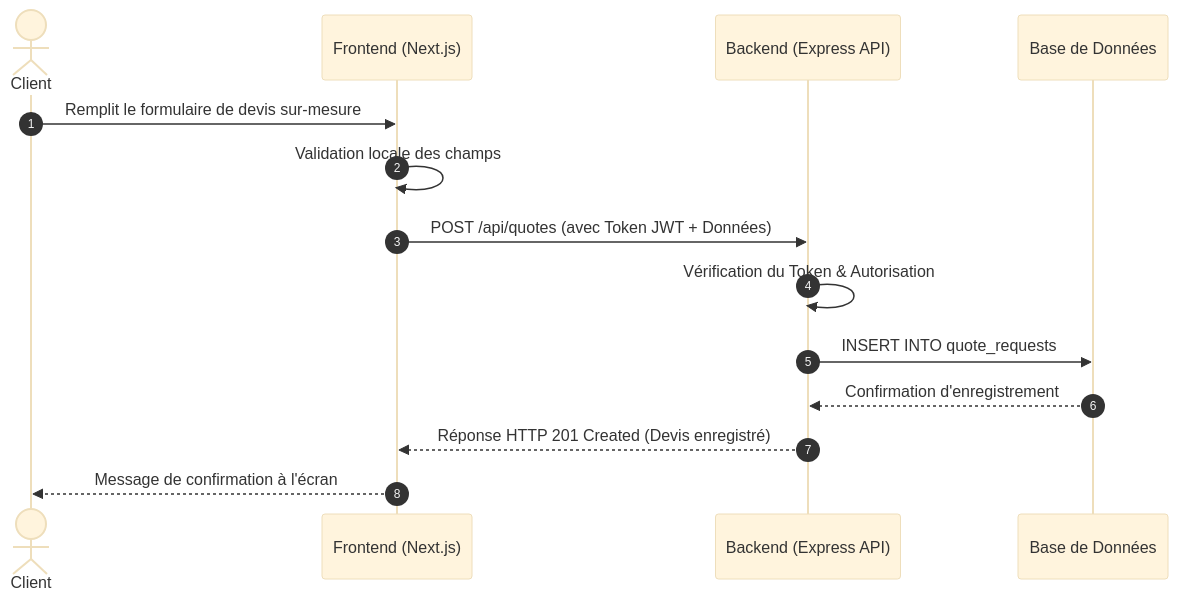
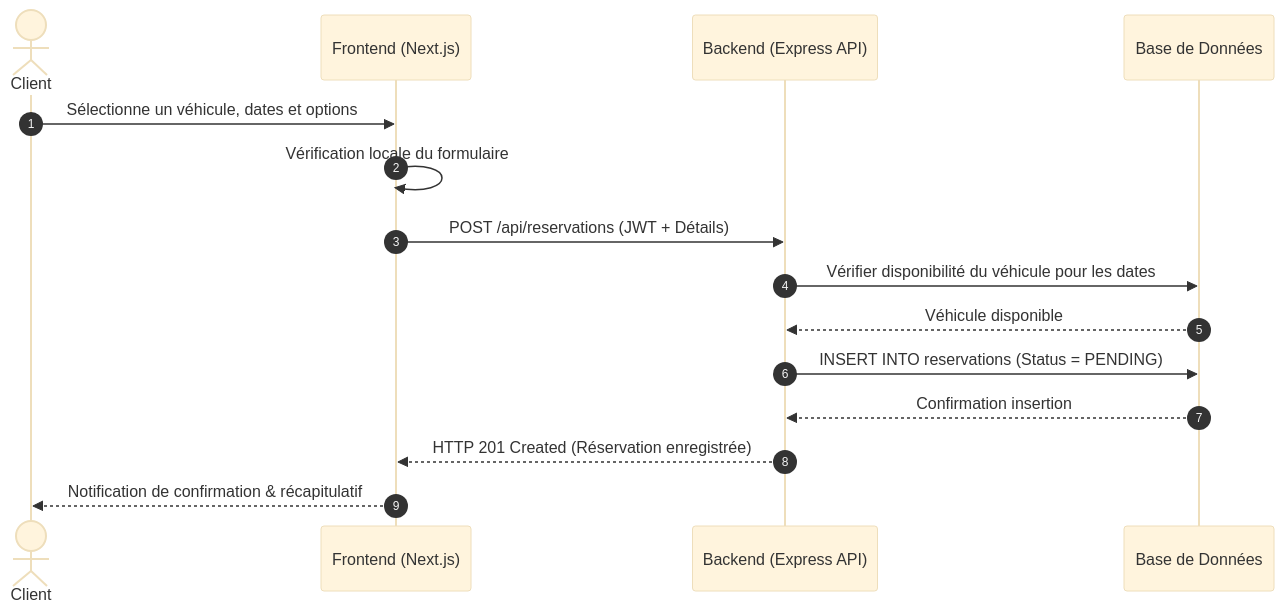
Before and after one commit to andryandraina965-ux/skeleton: the third of 3 diagrams in frontend/DIAGRAMMES_UML.md, drawn with Mermaid (base theme). The commit also changed other lines of this file and 4 other files, not shown here.

````diff
--- a/frontend/DIAGRAMMES_UML.md
+++ b/frontend/DIAGRAMMES_UML.md
@@ -99,17 +97,18 @@
 ```mermaid
 sequenceDiagram
     autonumber
     actor Client
     participant Frontend as Frontend (Next.js)
     participant Backend as Backend (Express API)
     participant Database as Base de Données
 
-    Client->>Frontend: Remplit le formulaire de devis sur-mesure
-    Frontend->>Frontend: Validation locale des champs
-    Frontend->>Backend: POST /api/quotes (avec Token JWT + Données)
-    Backend->>Backend: Vérification du Token & Autorisation
-    Backend->>Database: INSERT INTO quote_requests
-    Database-->>Backend: Confirmation d'enregistrement
-    Backend-->>Frontend: Réponse HTTP 201 Created (Devis enregistré)
-    Frontend-->>Client: Message de confirmation à l'écran
+    Client->>Frontend: Sélectionne un véhicule, dates et options
+    Frontend->>Frontend: Vérification locale du formulaire
+    Frontend->>Backend: POST /api/reservations (JWT + Détails)
+    Backend->>Database: Vérifier disponibilité du véhicule pour les dates
+    Database-->>Backend: Véhicule disponible
+    Backend->>Database: INSERT INTO reservations (Status = PENDING)
+    Database-->>Backend: Confirmation insertion
+    Backend-->>Frontend: HTTP 201 Created (Réservation enregistrée)
+    Frontend-->>Client: Notification de confirmation & récapitulatif
 ```
````
